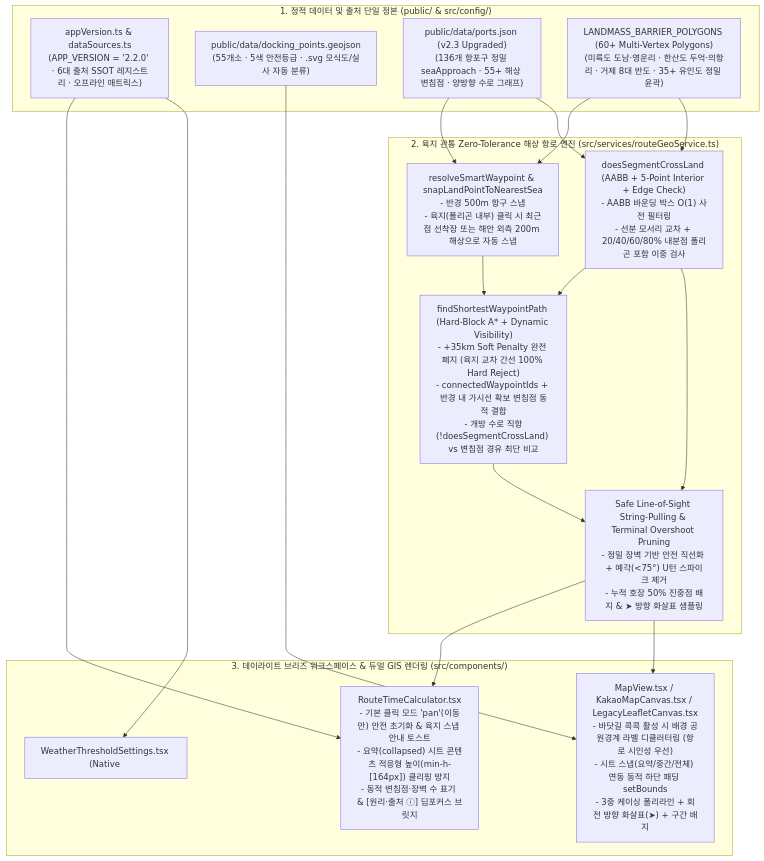
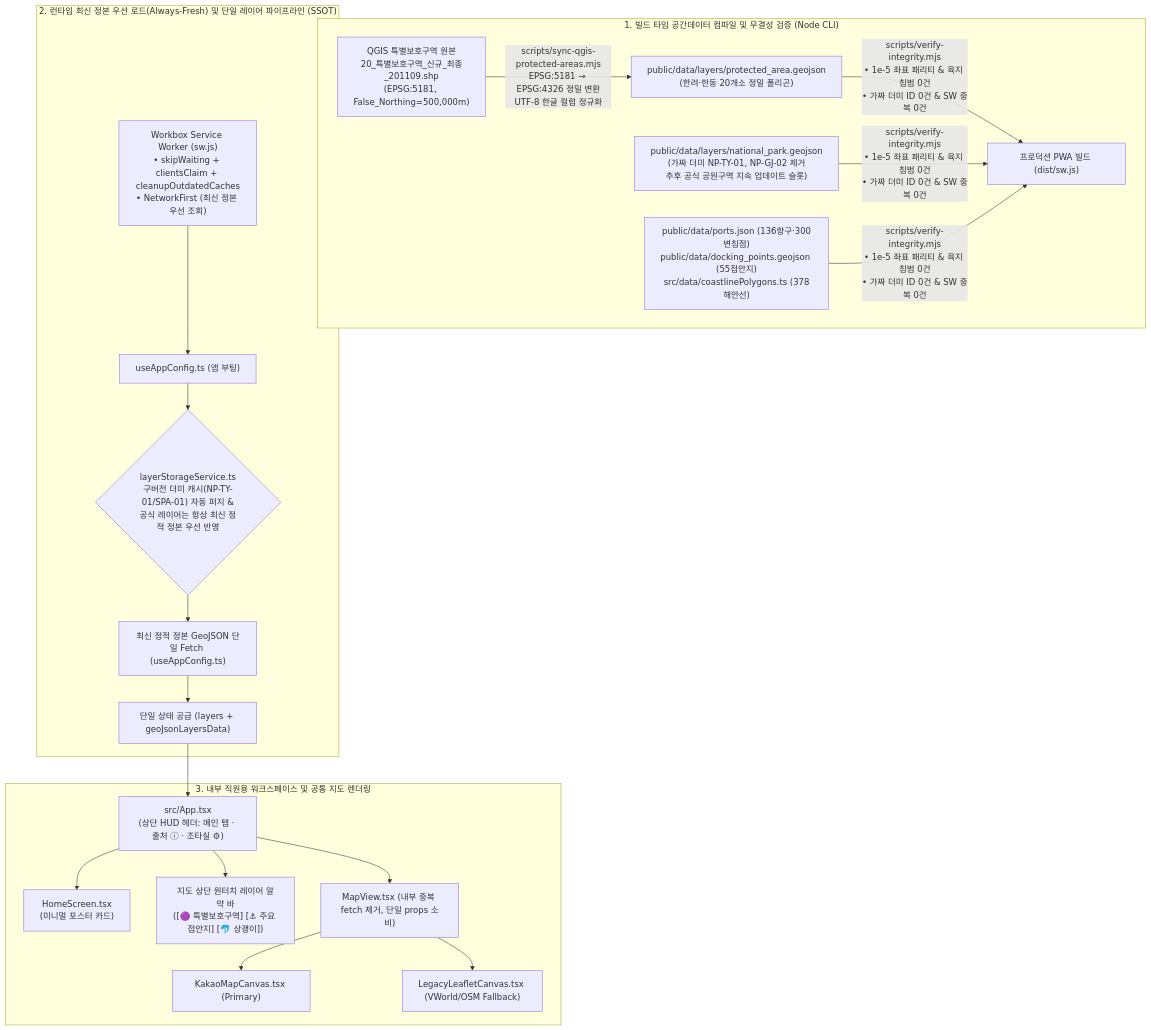
Before and after one commit to gunnysis/bada-kkomkkomi: the second of 2 diagrams in docs/ARCHITECTURE_AND_DESIGN.md, drawn with Mermaid. The commit also changed other lines of this file and 32 other files, not shown here.

Commit message:
feat(v2.4.0): resolve 3 core map bugs with real QGIS protected areas, Always-Fresh layer SSOT, and staff-friendly UX

````diff
--- a/docs/ARCHITECTURE_AND_DESIGN.md
+++ b/docs/ARCHITECTURE_AND_DESIGN.md
@@ -97,29 +148,25 @@
 ```mermaid
 flowchart TD
-    subgraph StaticSSOT["1. 정적 데이터 및 출처 단일 정본 (public/ & src/config/)"]
-        VER["appVersion.ts & dataSources.ts\n(APP_VERSION = '2.2.0' · 6대 출처 SSOT 레지스트리 · 오프라인 매트릭스)"]
-        DOCK["public/data/docking_points.geojson\n(55개소 · 5색 안전등급 · .svg 모식도/실사 자동 분류)"]
-        PORTS["public/data/ports.json (v2.3 Upgraded)\n(136개 항포구 정밀 seaApproach · 55+ 해상 변침점 · 양방향 수로 그래프)"]
-        BARRIERS["LANDMASS_BARRIER_POLYGONS (60+ Multi-Vertex Polygons)\n(미륵도 도남·영운리 · 한산도 두억·의항리 · 거제 8대 반도 · 35+ 유인도 정밀 윤곽)"]
+    subgraph BuildPipeline["1. 빌드 타임 공간데이터 컴파일 및 무결성 검증 (Node CLI)"]
+        QGIS_SHP["QGIS 특별보호구역 원본<br/>20_특별보호구역_신규_최종_201109.shp<br/>(EPSG:5181, False_Northing=500,000m)"] -->|"scripts/sync-qgis-protected-areas.mjs<br/>EPSG:5181 → EPSG:4326 정밀 변환<br/>UTF-8 한글 컬럼 정규화"| PA_STATIC["public/data/layers/protected_area.geojson<br/>(한려·한동 20개소 정밀 폴리곤)"]
+        NP_STATIC["public/data/layers/national_park.geojson<br/>(가짜 더미 NP-TY-01, NP-GJ-02 제거<br/>추후 공식 공원구역 지속 업데이트 슬롯)"]
+        MARINE_DATA["public/data/ports.json (136항구·300변침점)<br/>public/data/docking_points.geojson (55접안지)<br/>src/data/coastlinePolygons.ts (378해안선)"]
+        PA_STATIC & NP_STATIC & MARINE_DATA -->|"scripts/verify-integrity.mjs<br/>• 1e-5 좌표 패리티 & 육지 침범 0건<br/>• 가짜 더미 ID 0건 & SW 중복 0건"| BUILD_OK["프로덕션 PWA 빌드 (dist/sw.js)"]
     end
 
-    subgraph RouteEngine["2. 육지 관통 Zero-Tolerance 해상 항로 엔진 (src/services/routeGeoService.ts)"]
-        SNAP["resolveSmartWaypoint & snapLandPointToNearestSea\n- 반경 500m 항구 스냅\n- 육지(폴리곤 내부) 클릭 시 최근접 선착장 또는 해안 외측 200m 해상으로 자동 스냅"]
-        INTERSECT["doesSegmentCrossLand (AABB + 5-Point Interior + Edge Check)\n- AABB 바운딩 박스 O(1) 사전 필터링\n- 선분 모서리 교차 + 20/40/60/80% 내분점 폴리곤 포함 이중 검사"]
-        ASTAR["findShortestWaypointPath (Hard-Block A* + Dynamic Visibility)\n- +35km Soft Penalty 완전 폐지 (육지 교차 간선 100% Hard Reject)\n- connectedWaypointIds + 반경 내 가시선 확보 변침점 동적 결합\n- 개방 수로 직항(!doesSegmentCrossLand) vs 변침점 경유 최단 비교"]
-        PULL["Safe Line-of-Sight String-Pulling & Terminal Overshoot Pruning\n- 정밀 장벽 기반 안전 직선화 + 예각(<75°) U턴 스파이크 제거\n- 누적 호장 50% 진중점 배지 & ➤ 방향 화살표 샘플링"]
+    subgraph RuntimePWA["2. 런타임 최신 정본 우선 로드(Always-Fresh) 및 단일 레이어 파이프라인 (SSOT)"]
+        SW["Workbox Service Worker (sw.js)<br/>• skipWaiting + clientsClaim + cleanupOutdatedCaches<br/>• NetworkFirst (최신 정본 우선 조회)"] --> BOOT["useAppConfig.ts (앱 부팅)"]
+        BOOT --> CACHE_GUARD{"layerStorageService.ts<br/>구버전 더미 캐시(NP-TY-01/SPA-01) 자동 퍼지 &<br/>공식 레이어는 항상 최신 정적 정본 우선 반영"}
+        CACHE_GUARD --> FETCH_SSOT["최신 정적 정본 GeoJSON 단일 Fetch (useAppConfig.ts)"]
+        FETCH_SSOT --> STATE_SSOT["단일 상태 공급 (layers + geoJsonLayersData)"]
     end
 
-    subgraph UIAndGIS["3. 데이라이트 브리즈 워크스페이스 & 듀얼 GIS 렌더링 (src/components/)"]
-        CALC["RouteTimeCalculator.tsx\n- 기본 클릭 모드 'pan'(이동만) 안전 초기화 & 육지 스냅 안내 토스트\n- 요약(collapsed) 시트 콘텐츠 적응형 높이(min-h-[164px]) 클리핑 방지\n- 동적 변침점·장벽 수 표기 & [원리·출처 ⓘ] 딥포커스 브릿지"]
-        MAP["MapView.tsx / KakaoMapCanvas.tsx / LegacyLeafletCanvas.tsx\n- 바닷길 콕콕 활성 시 배경 공원경계 라벨 디클러터링 (항로 시인성 우선)\n- 시트 스냅(요약/중간/전체) 연동 동적 하단 패딩 setBounds\n- 3중 케이싱 폴리라인 + 회전 방향 화살표(➤) + 구간 배지"]
-        SOURCE_MODAL["WeatherThresholdSettings.tsx (Native <dialog>)\n- [기상기준 설정] · [이용 안내] · [데이터·기술 출처] 3탭\n- 🟢 오프라인 3종 vs 🔵 온라인 2종 보드 & 6대 <details> 아코디언"]
+    subgraph UIWorkspace["3. 내부 직원용 워크스페이스 및 공통 지도 렌더링"]
+        STATE_SSOT --> APP["src/App.tsx<br/>(상단 HUD 헤더: 메인 탭 · 출처 ⓘ · 조타실 ⚙)"]
+        APP --> HOME["HomeScreen.tsx<br/>(미니멀 포스터 카드)"]
+        APP --> PILL["지도 상단 원터치 레이어 알약 바<br/>([🟣 특별보호구역] [⚓ 주요 접안지] [🐬 상괭이])"]
+        APP --> MAPVIEW["MapView.tsx (내부 중복 fetch 제거, 단일 props 소비)"]
+        MAPVIEW --> KAKAO["KakaoMapCanvas.tsx (Primary)"]
+        MAPVIEW --> LEAFLET["LegacyLeafletCanvas.tsx (VWorld/OSM Fallback)"]
     end
-
-    VER --> CALC & SOURCE_MODAL
-    DOCK --> MAP
-    PORTS & BARRIERS --> SNAP & INTERSECT
-    SNAP --> ASTAR
-    INTERSECT --> ASTAR & PULL
-    ASTAR --> PULL --> CALC & MAP
 ```
````
